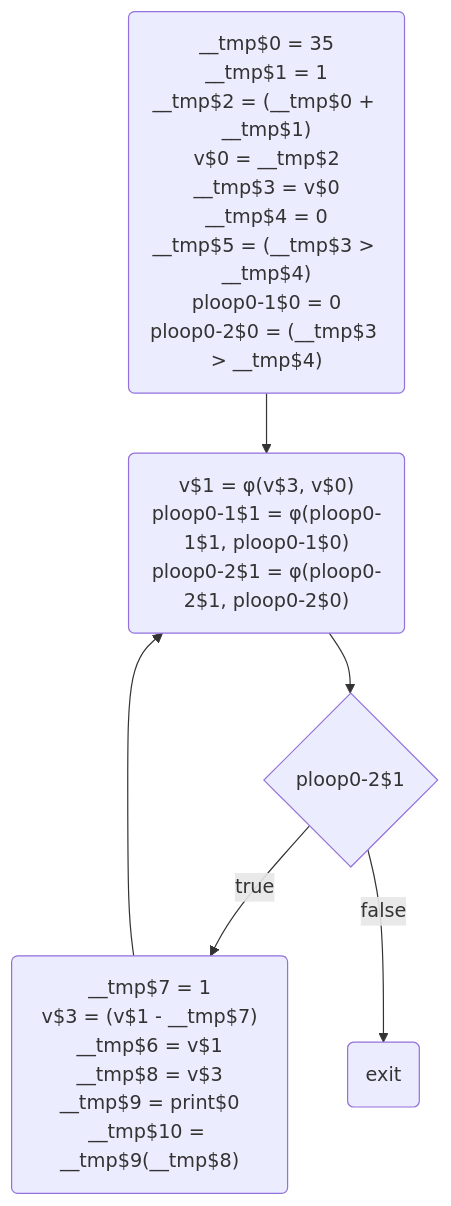
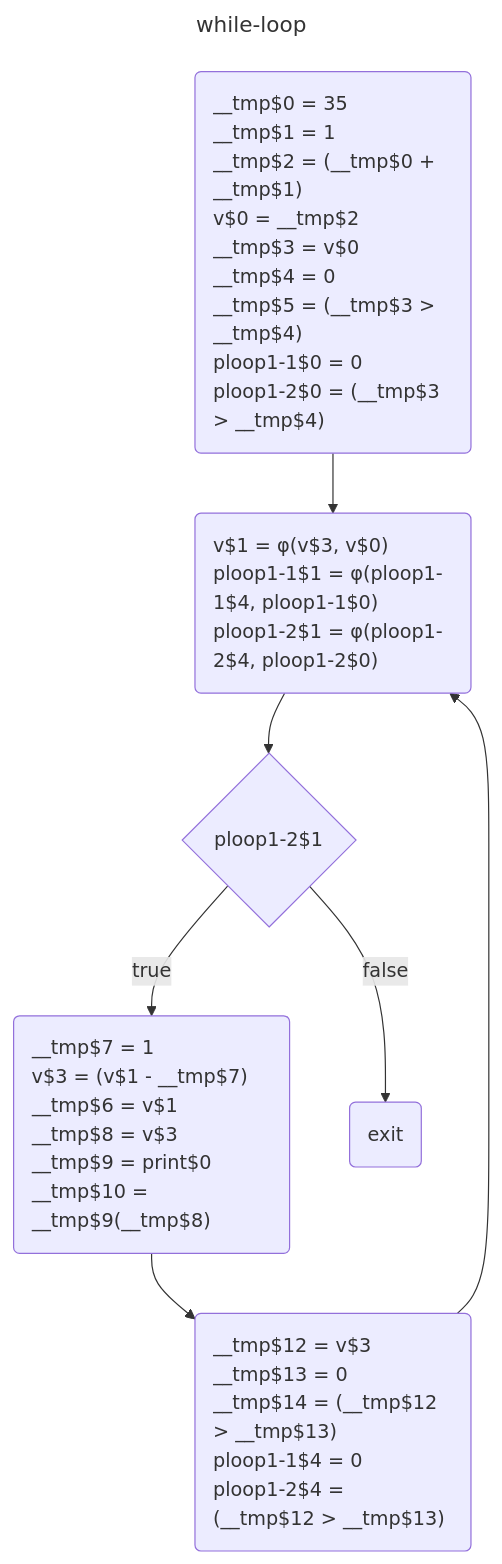
Before and after one commit to dee-tree/sav-lab1: the diagram in res/while-loop/ssa-diagram_phi-elim.mmd, drawn with Mermaid. The commit also changed 33 other files, not shown here.

```diff
--- a/res/while-loop/ssa-diagram_phi-elim.mmd
+++ b/res/while-loop/ssa-diagram_phi-elim.mmd
@@ -1,11 +1,17 @@
+---
+title: while-loop
+---
 flowchart TD
-	entry$10("__tmp$0 = 35<br>__tmp$1 = 1<br>__tmp$2 = (__tmp$0 + __tmp$1)<br>v$0 = __tmp$2<br>__tmp$3 = v$0<br>__tmp$4 = 0<br>__tmp$5 = (__tmp$3 > __tmp$4)<br>ploop0-1$0 = 0<br>ploop0-2$0 = (__tmp$3 > __tmp$4)")
-	while_start$11("v$1 = φ(v$3, v$0)<br>ploop0-1$1 = φ(ploop0-1$1, ploop0-1$0)<br>ploop0-2$1 = φ(ploop0-2$1, ploop0-2$0)")
-	while_body$13("__tmp$7 = 1<br>v$3 = (v$1 - __tmp$7)<br>__tmp$6 = v$1<br>__tmp$8 = v$3<br>__tmp$9 = print$0<br>__tmp$10 = __tmp$9(__tmp$8)")
-	while_exit$14("exit")
-	cond$12{"ploop0-2$1"}
-	while_body$13 -->  while_start$11
-	cond$12 --> |"true"| while_body$13
-	entry$10 -->  while_start$11
-	cond$12 --> |"false"| while_exit$14
-	while_start$11 -->  cond$12
+	while_start$13("v$1 = φ(v$3, v$0)<br>ploop1-1$1 = φ(ploop1-1$4, ploop1-1$0)<br>ploop1-2$1 = φ(ploop1-2$4, ploop1-2$0)"):::defstyle
+	cond$14{"ploop1-2$1"}:::defstyle
+	entry$12("__tmp$0 = 35<br>__tmp$1 = 1<br>__tmp$2 = (__tmp$0 + __tmp$1)<br>v$0 = __tmp$2<br>__tmp$3 = v$0<br>__tmp$4 = 0<br>__tmp$5 = (__tmp$3 > __tmp$4)<br>ploop1-1$0 = 0<br>ploop1-2$0 = (__tmp$3 > __tmp$4)"):::defstyle
+	null$16("__tmp$12 = v$3<br>__tmp$13 = 0<br>__tmp$14 = (__tmp$12 > __tmp$13)<br>ploop1-1$4 = 0<br>ploop1-2$4 = (__tmp$12 > __tmp$13)"):::defstyle
+	while_body$15("__tmp$7 = 1<br>v$3 = (v$1 - __tmp$7)<br>__tmp$6 = v$1<br>__tmp$8 = v$3<br>__tmp$9 = print$0<br>__tmp$10 = __tmp$9(__tmp$8)"):::defstyle
+	while_exit$17("exit"):::defstyle
+	cond$14 --> |"false"| while_exit$17
+	while_body$15 -->  null$16
+	while_start$13 -->  cond$14
+	cond$14 --> |"true"| while_body$15
+	null$16 -->  while_start$13
+	entry$12 -->  while_start$13
+classDef defstyle text-align: left;
```
